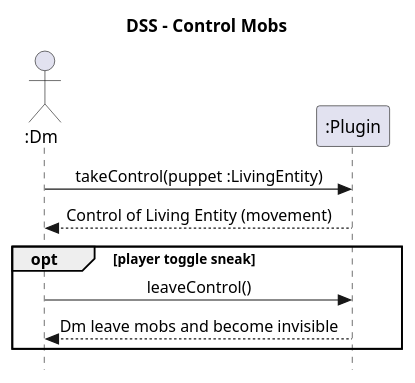
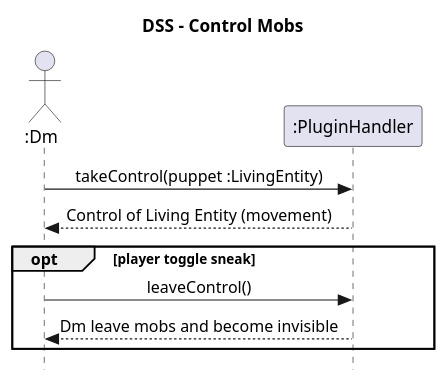
Before and after one commit to Jean-Lamarre/Johnytech6s_Plugin: the diagram in docs/Model/dss-control-mobs.plantuml, drawn with PlantUML. The commit also changed 1 other file, not shown here.

Commit message:
Change Plugin to PLuginHandle in diagram

```diff
--- a/docs/Model/dss-control-mobs.plantuml
+++ b/docs/Model/dss-control-mobs.plantuml
@@ -1,21 +1,21 @@
 @startuml
 skinparam style strictuml
 skinparam defaultfontname Verdana
 skinparam sequence {
     MessageAlign center
 }
 title DSS - Control Mobs
 actor ":Dm" as dm
-participant ":Plugin" as plugin
+participant ":PluginHandler" as plugin
 
 dm -> plugin : takeControl(puppet :LivingEntity)
 
 return Control of Living Entity (movement)
 
 opt player toggle sneak
 dm -> plugin : leaveControl()
 return Dm leave mobs and become invisible
 end opt
 
 
 @enduml
```
